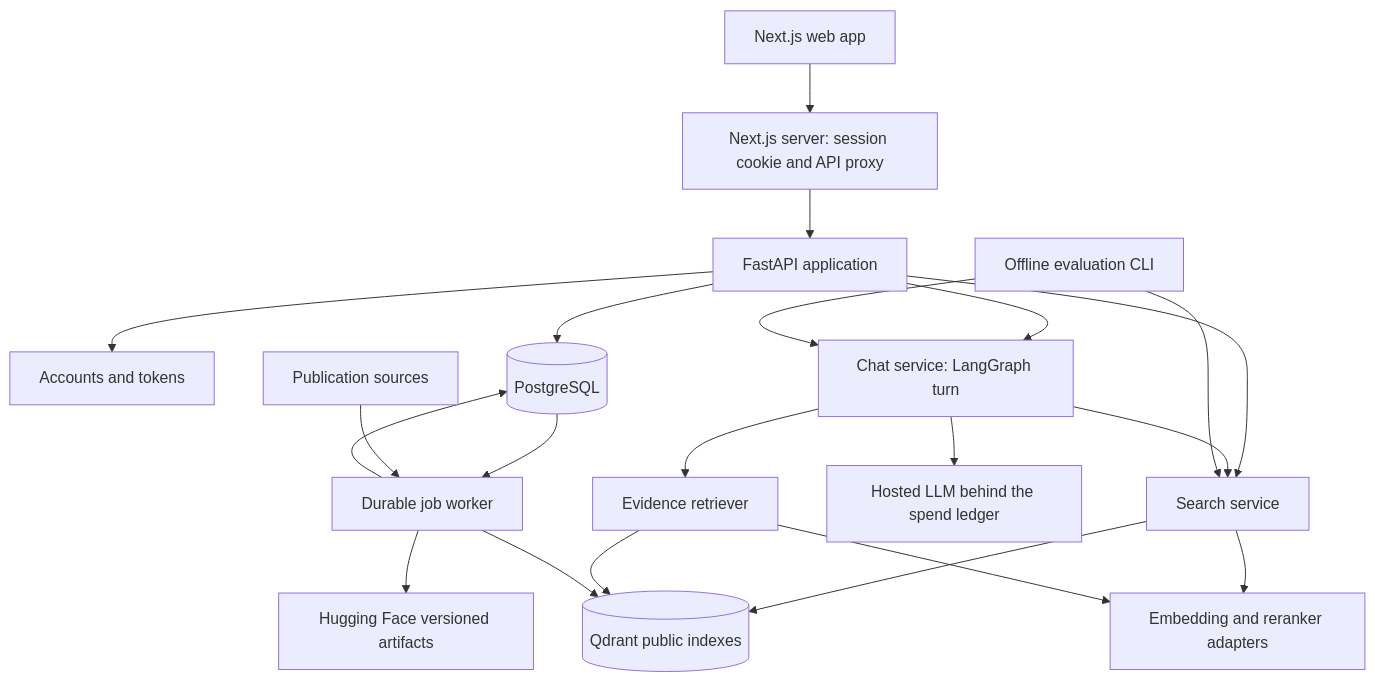
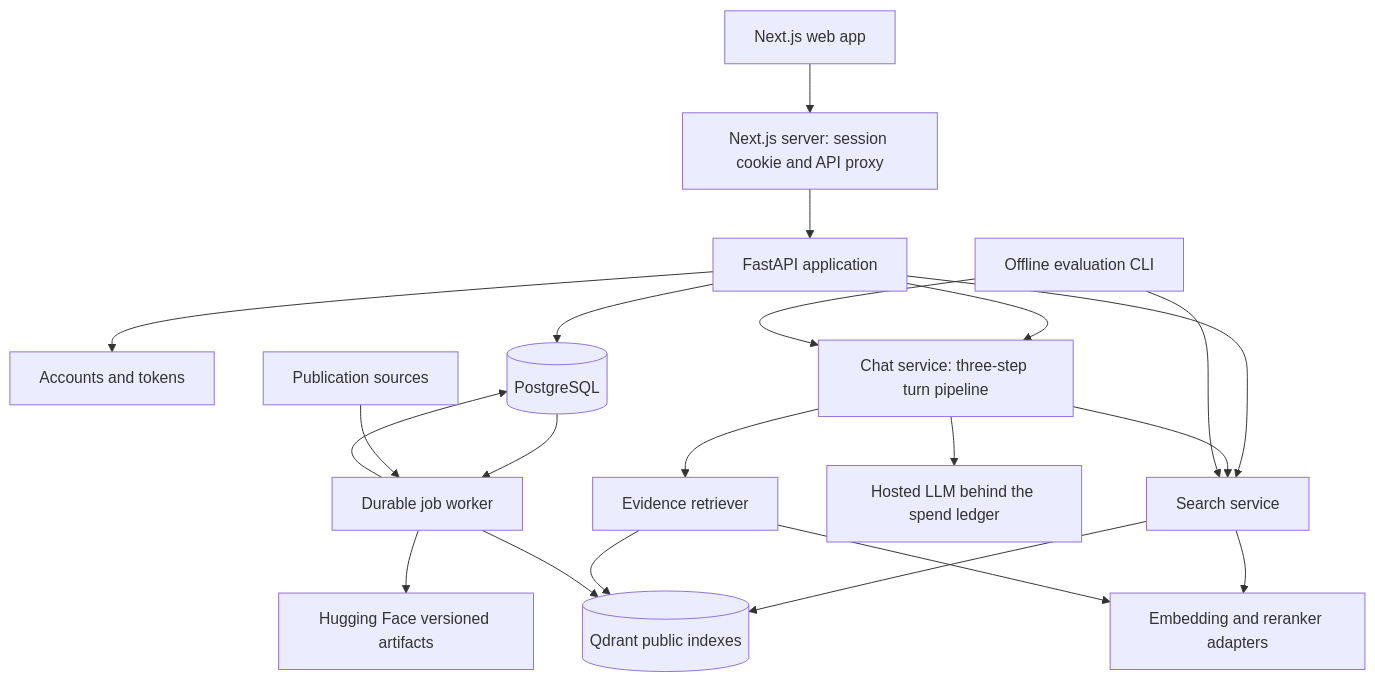
Before and after one commit to PhamHongPhuc2712/ML-Papers-RAG-bot: the diagram in README.md, drawn with Mermaid. The commit also changed other lines of this file and 19 other files, not shown here.

First line of the commit message:
refactor: the chat turn as a typed Python pipeline, without LangGraph

````diff
--- a/README.md
+++ b/README.md
@@ -75,23 +75,23 @@
 ```mermaid
 flowchart TD
   UI[Next.js web app] --> BFF[Next.js server: session cookie and API proxy]
   BFF --> API[FastAPI application]
   API --> AUTH[Accounts and tokens]
   API --> SEARCH[Search service]
-  API --> CHAT[Chat service: LangGraph turn]
+  API --> CHAT[Chat service: three-step turn pipeline]
   API --> PG[(PostgreSQL)]
   SEARCH --> Q[(Qdrant public indexes)]
   CHAT --> SEARCH
   CHAT --> EVID[Evidence retriever]
   EVID --> Q
   SEARCH --> MODELS[Embedding and reranker adapters]
   EVID --> MODELS
   CHAT --> LLM[Hosted LLM behind the spend ledger]
   PG --> WORKER[Durable job worker]
   SOURCES[Publication sources] --> WORKER
   WORKER --> PG
   WORKER --> Q
   WORKER --> HF[Hugging Face versioned artifacts]
   EVAL[Offline evaluation CLI] --> SEARCH
   EVAL --> CHAT
 ```
````
